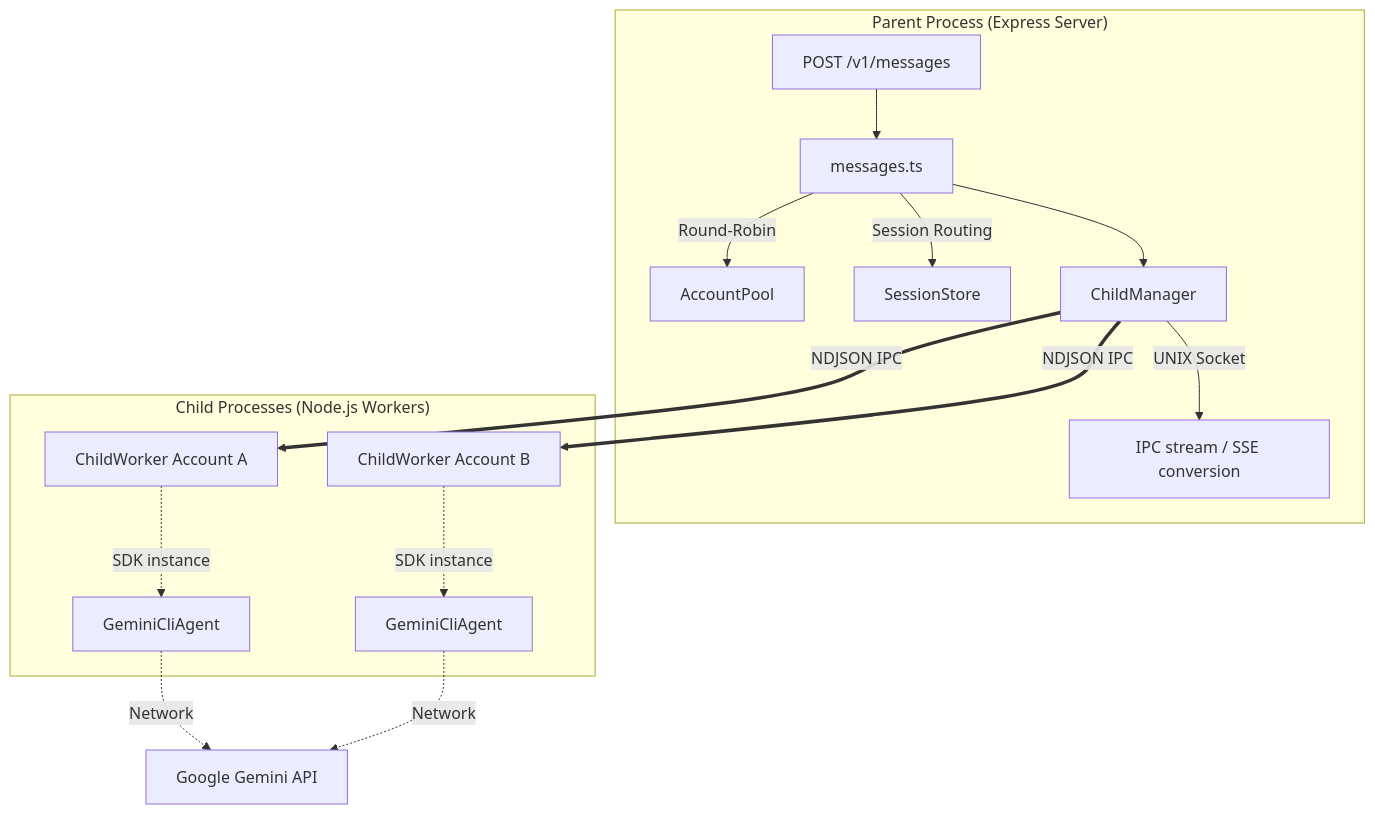
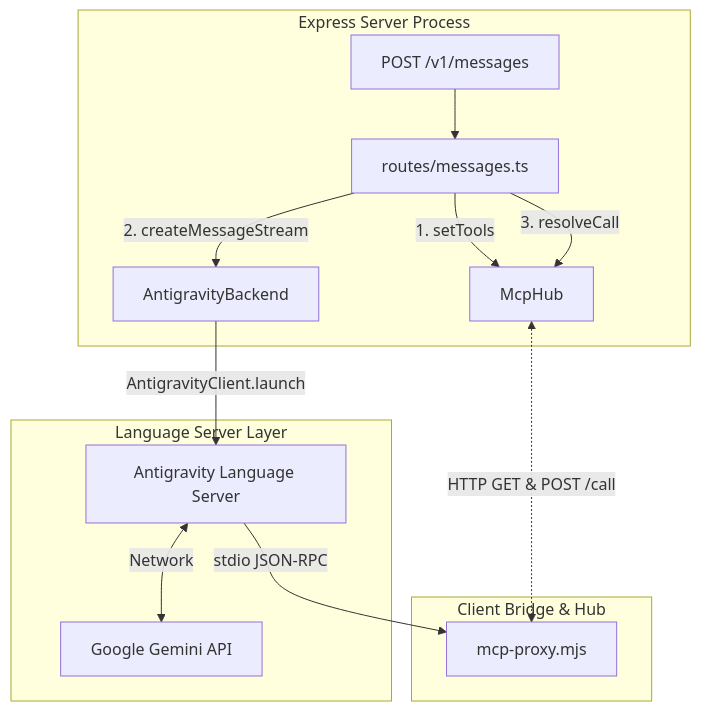
One commit to Masterisk-F/claude2gemini-cli changed the first of 2 diagrams in doc/architecture.md. Above: the diagram before and after it, drawn with Mermaid. The commit also changed other lines of this file and 6 other files, not shown here.

First line of the commit message:
feat: stabilize MCP proxy tool registration and message routing

````diff
--- a/doc/architecture.md
+++ b/doc/architecture.md
@@ -16,23 +16,19 @@
 ```mermaid
 flowchart TD
-    subgraph Parent_Process ["Parent Process (Express Server)"]
-        A[POST /v1/messages] --> B[messages.ts]
-        B -->|Round-Robin| C[AccountPool]
-        B -->|Session Routing| D[SessionStore]
-        B --> E[ChildManager]
-        E -->|UNIX Socket| F[IPC stream / SSE conversion]
+    subgraph Express_Server ["Express Server Process"]
+        A[POST /v1/messages] --> B["routes/messages.ts"]
+        B -->|1. setTools| C[McpHub]
+        B -->|2. createMessageStream| D[AntigravityBackend]
     end
 
-    subgraph Child_Processes ["Child Processes (Node.js Workers)"]
-        G[ChildWorker Account A]
-        H[ChildWorker Account B]
-        
-        G -.->|SDK instance| G1[GeminiCliAgent]
-        H -.->|SDK instance| H1[GeminiCliAgent]
+    subgraph Client_Bridge ["Client Bridge & Hub"]
+        C <.->|HTTP GET & POST /call| F[mcp-proxy.mjs]
+        B -->|3. resolveCall| C
     end
-    
-    E == NDJSON IPC ==> G
-    E == NDJSON IPC ==> H
-    G1 -.->|Network| I[Google Gemini API]
-    H1 -.->|Network| I
+
+    subgraph LS_Layer ["Language Server Layer"]
+        D -->|AntigravityClient.launch| E[Antigravity Language Server]
+        E -->|stdio JSON-RPC| F
+        E <-->|Network| G[Google Gemini API]
+    end
 ```
````
